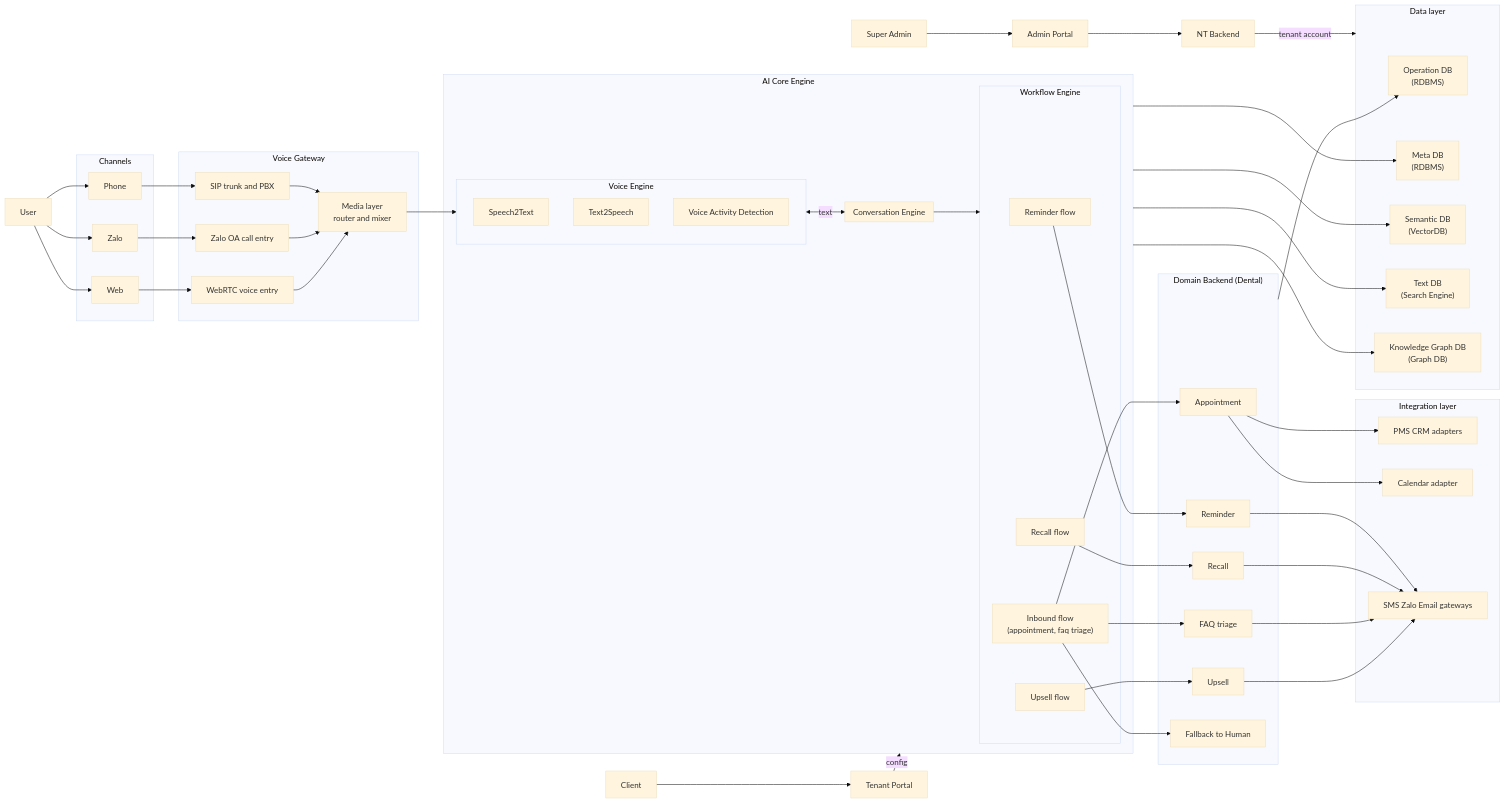
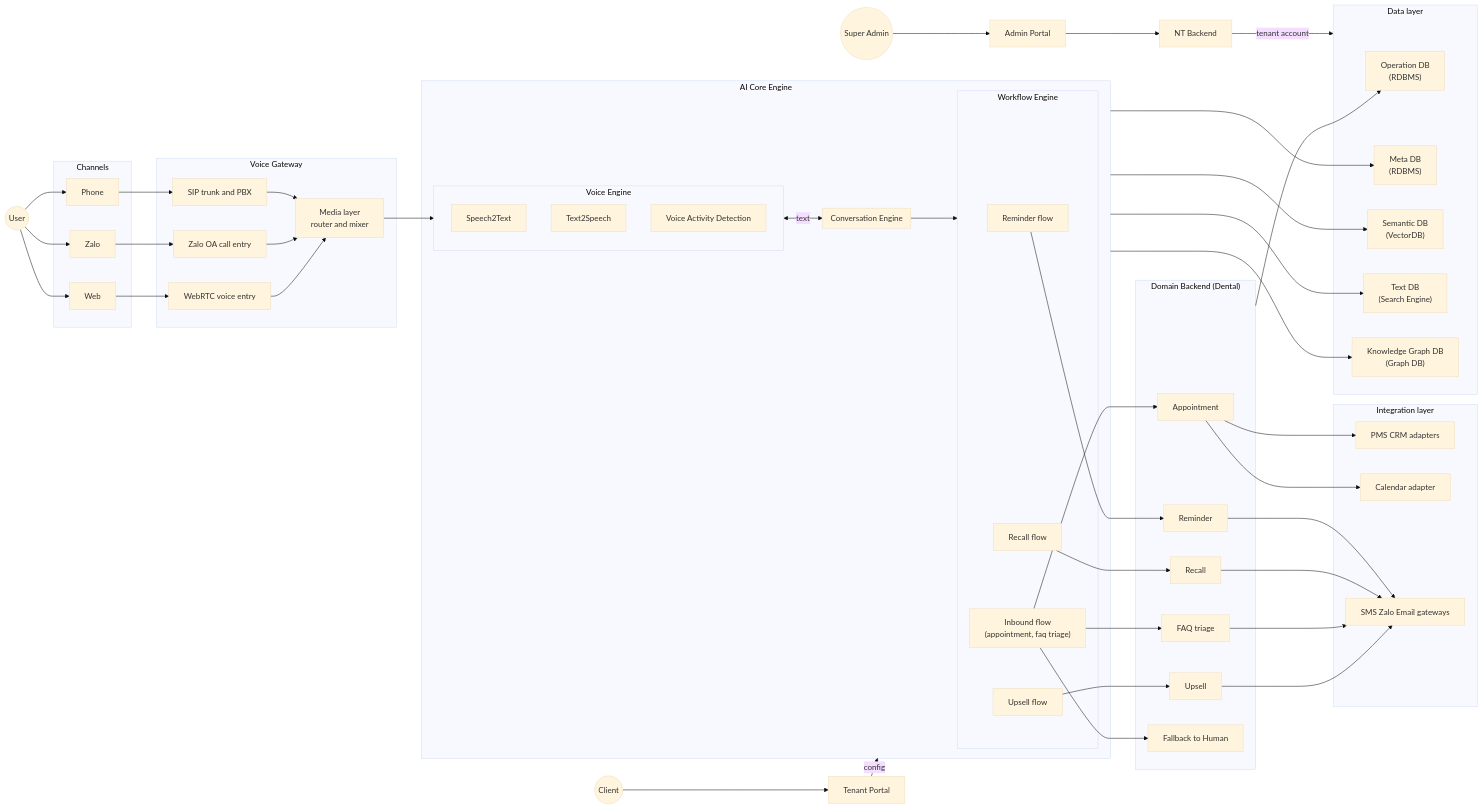
Before and after one commit to anhttmle/CAIO: the diagram in NuiTruc/voicebot-inbound/design.md, drawn with Mermaid (base theme).

```diff
--- a/NuiTruc/voicebot-inbound/design.md
+++ b/NuiTruc/voicebot-inbound/design.md
@@ -5,9 +5,9 @@
 
   flowchart LR
 
-  user["User"]
-  client["Client"]
-  admin["Super Admin"]
+  user(("User"))
+  client(("Client"))
+  admin(("Super Admin"))
 
   subgraph channels["Channels"]
     phone["Phone"]
```
